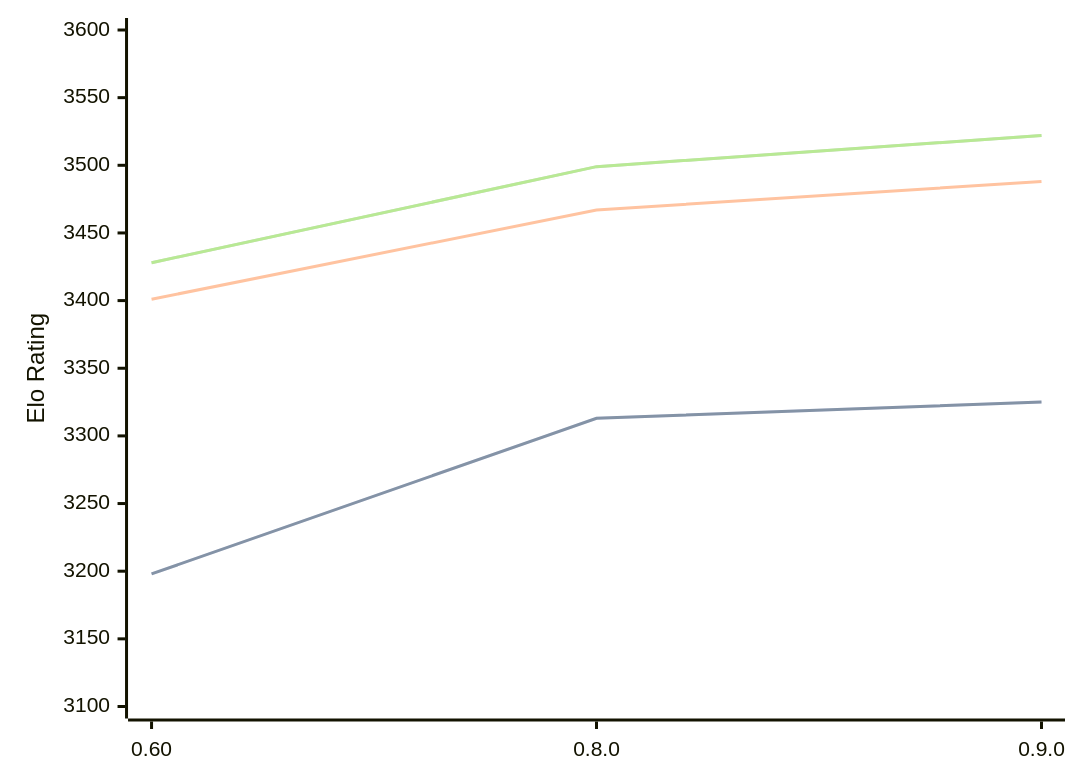
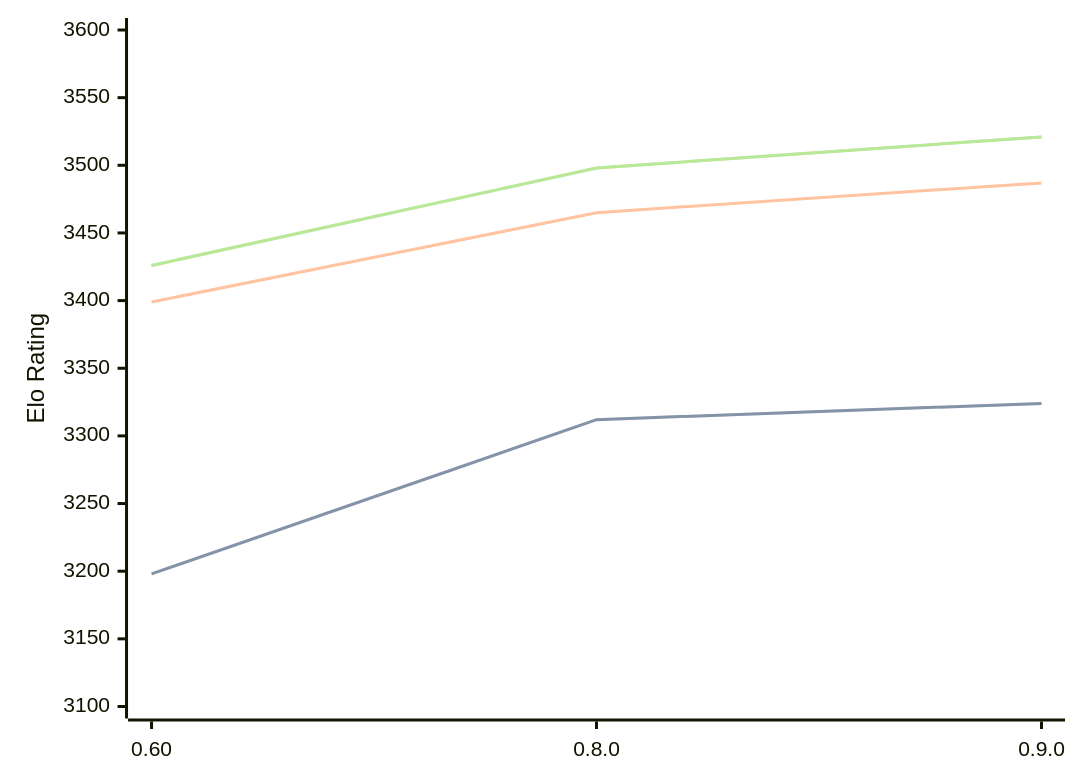
One commit to computer-chess-index/cci changed the diagram in engines/Motor.md. Above: the diagram before and after it, drawn with Mermaid. The commit also changed other lines of this file, not shown here.

Commit message:
Update CCI Ratings (ELO VLTC) - 2026-08-04

````diff
--- a/engines/Motor.md
+++ b/engines/Motor.md
@@ -39,11 +39,11 @@
 ```mermaid
 %%{init: {"theme":"base","themeVariables":{"seriesColors:['#a3a3a3','#222221','#faa371']}}}%%
 xychart-beta
   x-axis ["0.60", "0.8.0", "0.9.0"]
   y-axis "Elo Rating" 3100 --> 3600
-  line "STC (8.0+0.08s)" [3198, 3313, 3325]
-  line "STC (8.0+0.08s)" [3198, 3313, 3325]
-  line "LTC (60.0+0.60s)" [3401, 3467, 3488]
-  line "VLTC (2m24s+1.12s)" [3428, 3499, 3522]
-  line "VLTC (2m24s+1.12s)" [3428, 3499, 3522]
+  line "STC (8.0+0.08s)" [3198, 3312, 3324]
+  line "STC (8.0+0.08s)" [3198, 3312, 3324]
+  line "LTC (60.0+0.60s)" [3399, 3465, 3487]
+  line "VLTC (2m24s+1.12s)" [3426, 3498, 3521]
+  line "VLTC (2m24s+1.12s)" [3426, 3498, 3521]
 ```
````
